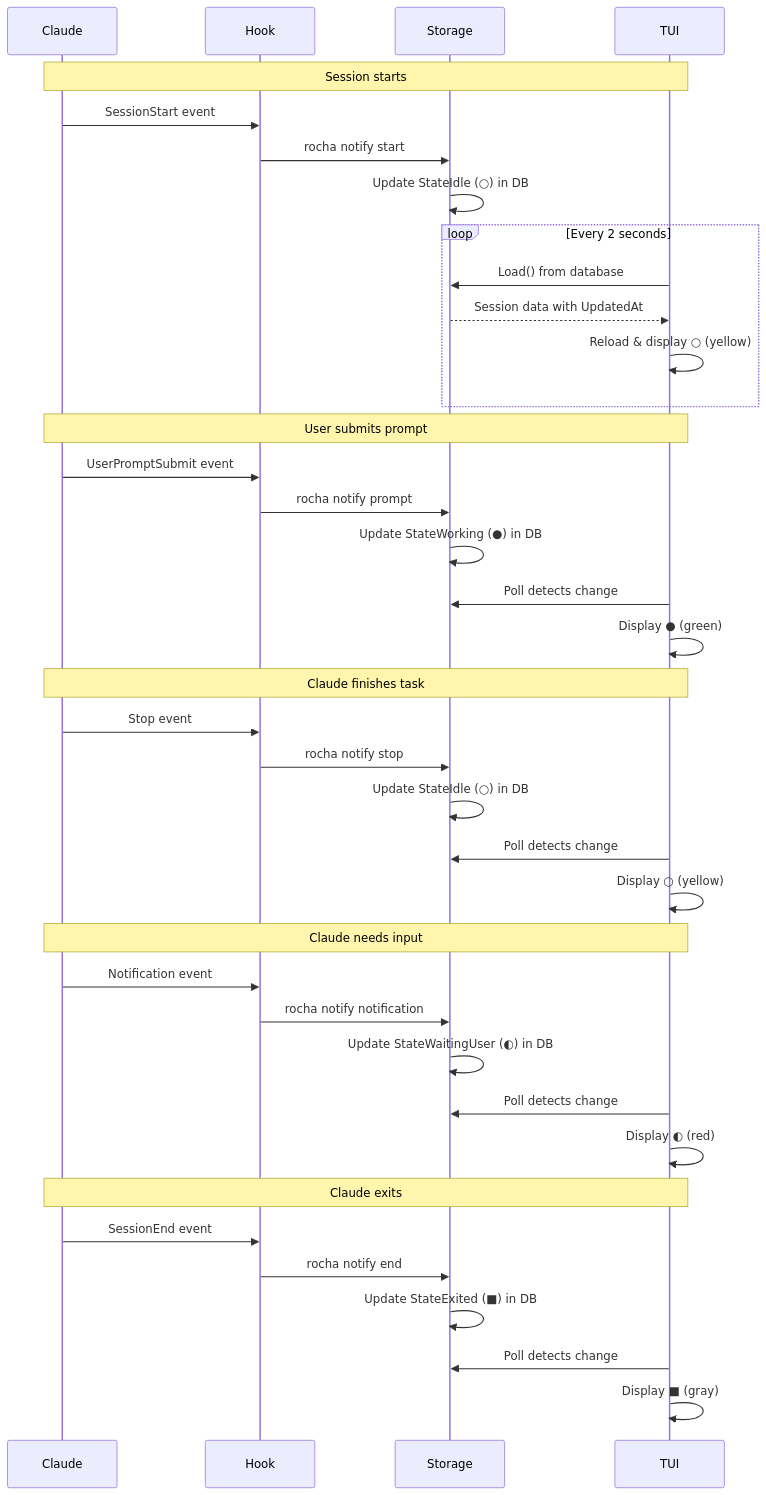
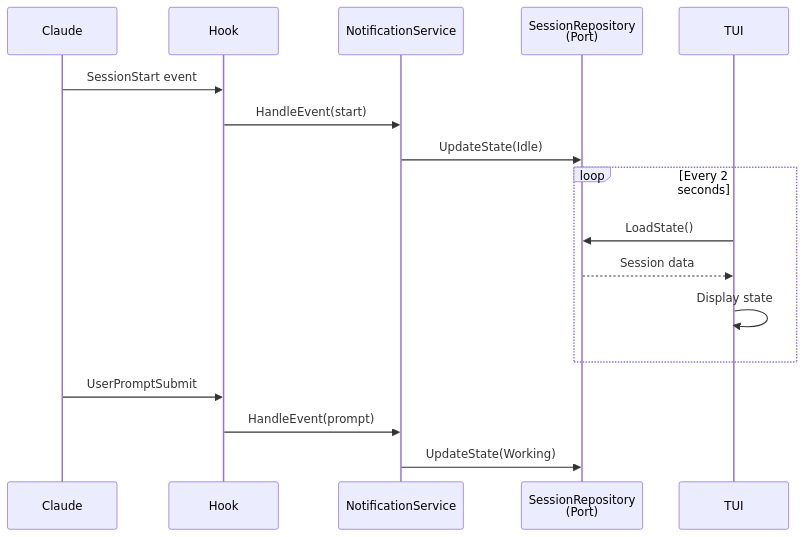
Before and after one commit to renato0307/rocha: the third of 4 diagrams in ARCHITECTURE.md, drawn with Mermaid. The commit also changed other lines of this file and 34 other files, not shown here.

First line of the commit message:
refactor: complete hexagonal architecture cleanup

````diff
--- a/ARCHITECTURE.md
+++ b/ARCHITECTURE.md
@@ -215,46 +125,22 @@
 ```mermaid
 sequenceDiagram
     participant Claude
     participant Hook
-    participant Storage
+    participant NS as NotificationService
+    participant SR as SessionRepository<br/>(Port)
     participant TUI
 
-    Note over Claude,TUI: Session starts
     Claude->>Hook: SessionStart event
-    Hook->>Storage: rocha notify start
-    Storage->>Storage: Update StateIdle (○) in DB
+    Hook->>NS: HandleEvent(start)
+    NS->>SR: UpdateState(Idle)
 
     loop Every 2 seconds
-        TUI->>Storage: Load() from database
-        Storage-->>TUI: Session data with UpdatedAt
-        TUI->>TUI: Reload & display ○ (yellow)
+        TUI->>SR: LoadState()
+        SR-->>TUI: Session data
+        TUI->>TUI: Display state
     end
 
-    Note over Claude,TUI: User submits prompt
-    Claude->>Hook: UserPromptSubmit event
-    Hook->>Storage: rocha notify prompt
-    Storage->>Storage: Update StateWorking (●) in DB
-    TUI->>Storage: Poll detects change
-    TUI->>TUI: Display ● (green)
-
-    Note over Claude,TUI: Claude finishes task
-    Claude->>Hook: Stop event
-    Hook->>Storage: rocha notify stop
-    Storage->>Storage: Update StateIdle (○) in DB
-    TUI->>Storage: Poll detects change
-    TUI->>TUI: Display ○ (yellow)
-
-    Note over Claude,TUI: Claude needs input
-    Claude->>Hook: Notification event
-    Hook->>Storage: rocha notify notification
-    Storage->>Storage: Update StateWaitingUser (◐) in DB
-    TUI->>Storage: Poll detects change
-    TUI->>TUI: Display ◐ (red)
-
-    Note over Claude,TUI: Claude exits
-    Claude->>Hook: SessionEnd event
-    Hook->>Storage: rocha notify end
-    Storage->>Storage: Update StateExited (■) in DB
-    TUI->>Storage: Poll detects change
-    TUI->>TUI: Display ■ (gray)
+    Claude->>Hook: UserPromptSubmit
+    Hook->>NS: HandleEvent(prompt)
+    NS->>SR: UpdateState(Working)
 ```
````
